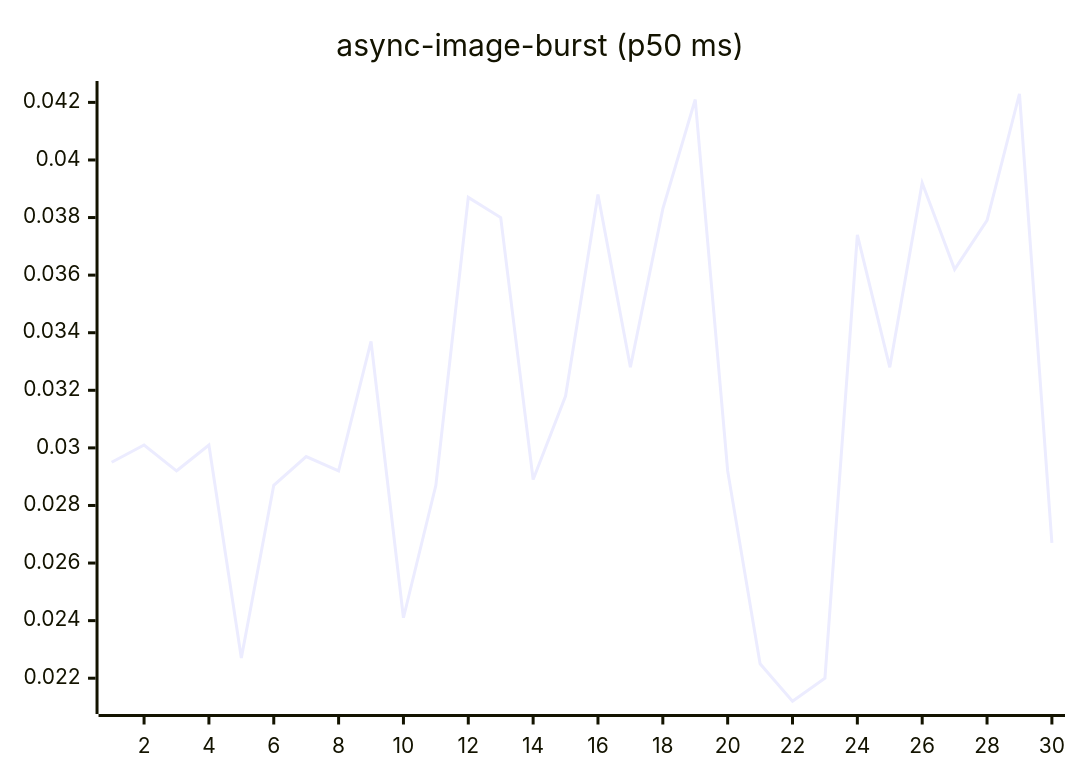
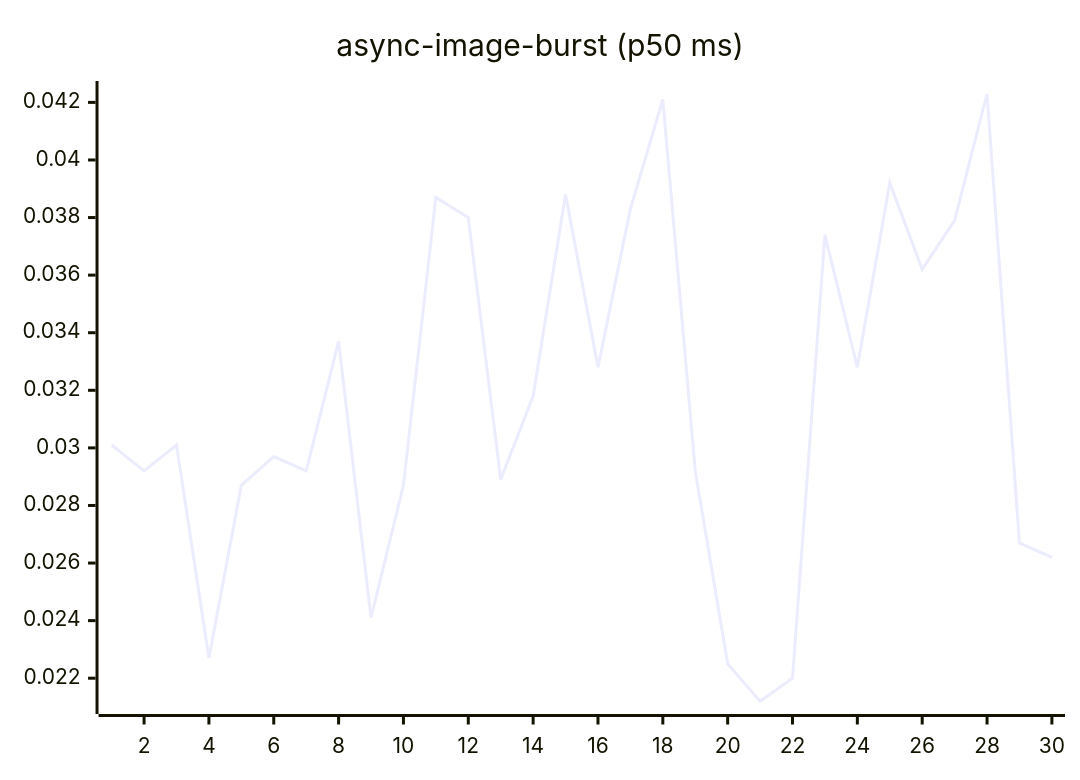
One commit to josha/Facet changed the fourth of 27 diagrams in README.md. Above: the diagram before and after it, drawn with Mermaid. The commit also changed other lines of this file and 2 other files, not shown here.

````diff
--- a/README.md
+++ b/README.md
@@ -84,6 +84,6 @@
 ```mermaid
 xychart-beta
     title "async-image-burst (p50 ms)"
     x-axis 1 --> 30
-    line [0.0295, 0.0301, 0.0292, 0.0301, 0.0227, 0.0287, 0.0297, 0.0292, 0.0337, 0.0241, 0.0287, 0.0387, 0.0380, 0.0289, 0.0318, 0.0388, 0.0328, 0.0383, 0.0421, 0.0292, 0.0225, 0.0212, 0.0220, 0.0374, 0.0328, 0.0392, 0.0362, 0.0379, 0.0423, 0.0267]
+    line [0.0301, 0.0292, 0.0301, 0.0227, 0.0287, 0.0297, 0.0292, 0.0337, 0.0241, 0.0287, 0.0387, 0.0380, 0.0289, 0.0318, 0.0388, 0.0328, 0.0383, 0.0421, 0.0292, 0.0225, 0.0212, 0.0220, 0.0374, 0.0328, 0.0392, 0.0362, 0.0379, 0.0423, 0.0267, 0.0262]
 ```
````
